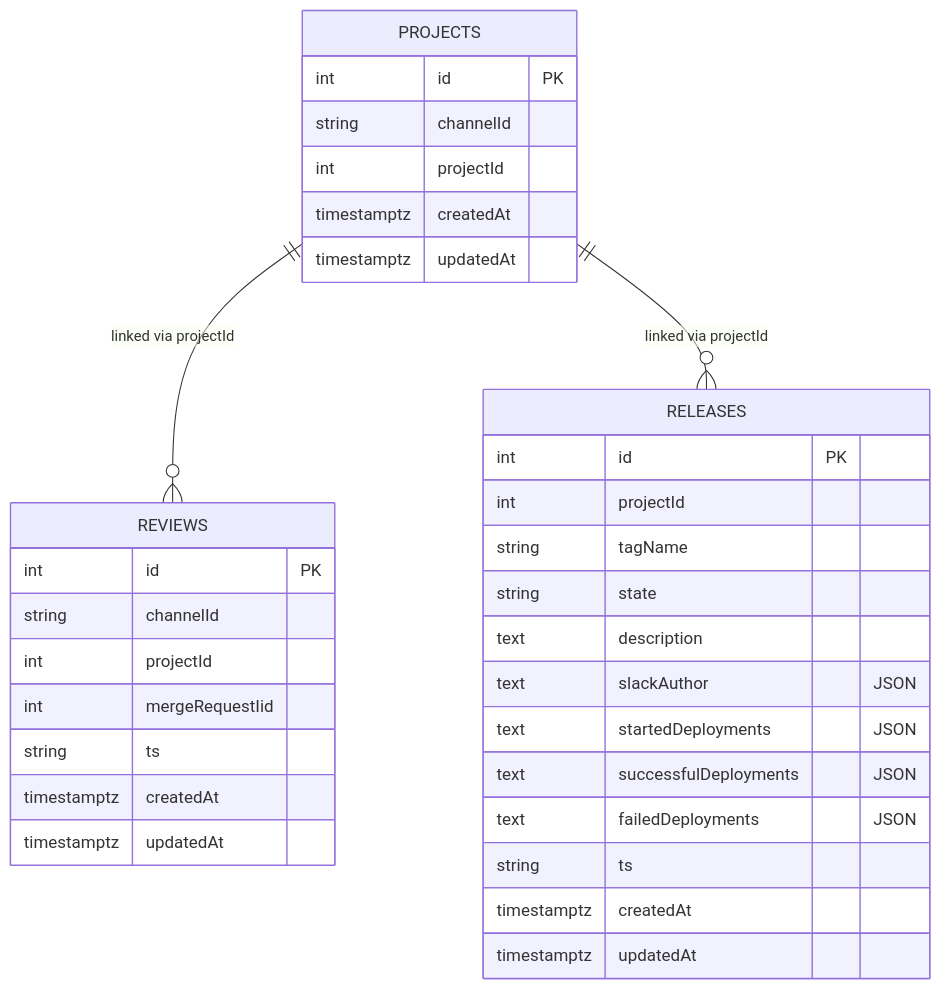
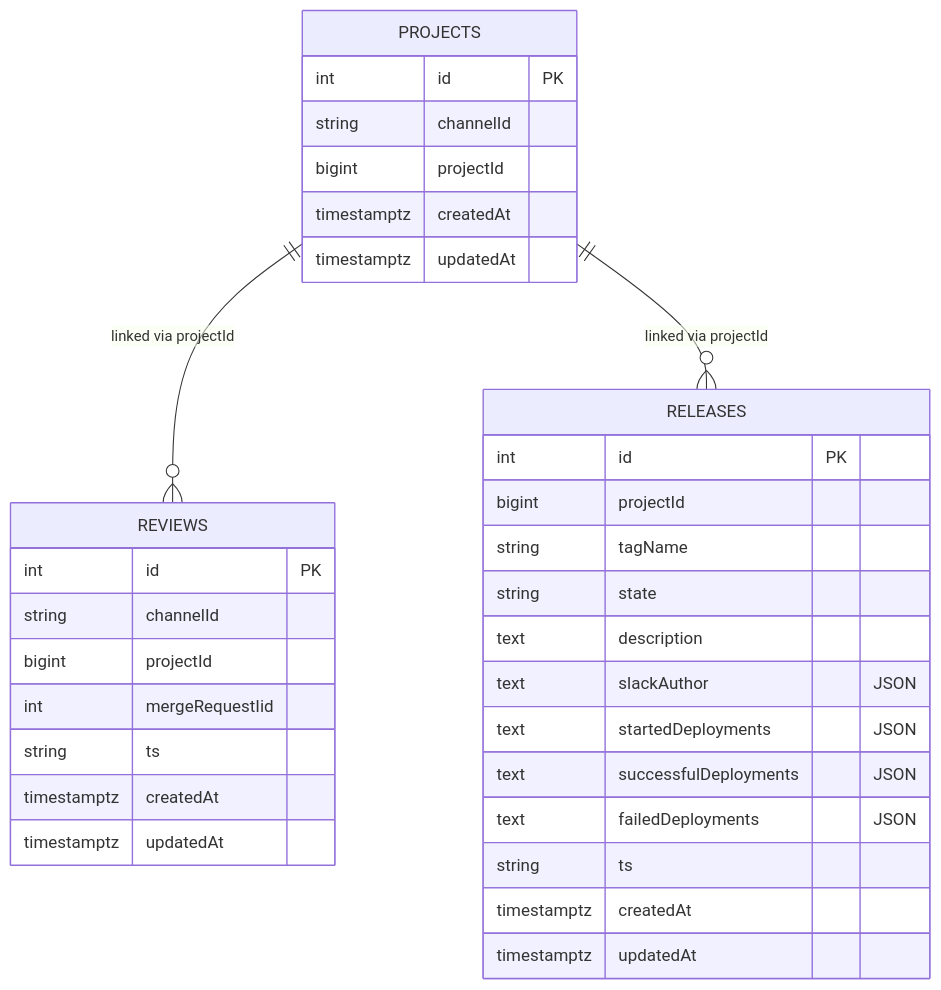
One commit to ManoManoTech/homer changed the ninth of 10 diagrams in docs/ARCHITECTURE.md. Above: the diagram before and after it, drawn with Mermaid. The commit also changed 2 other files, not shown here.

Commit message:
fix(data): widen projectId to BIGINT for GitHub repository ids
GitHub ids reach the INTEGER maximum around 2028. The driver returns BIGINT
as a string, so the models read it back as a number.

````diff
--- a/docs/ARCHITECTURE.md
+++ b/docs/ARCHITECTURE.md
@@ -346,36 +346,36 @@
 ```mermaid
 erDiagram
     PROJECTS ||--o{ REVIEWS : "linked via projectId"
     PROJECTS ||--o{ RELEASES : "linked via projectId"
 
     PROJECTS {
         int id PK
         string channelId
-        int projectId
+        bigint projectId
         timestamptz createdAt
         timestamptz updatedAt
     }
     REVIEWS {
         int id PK
         string channelId
-        int projectId
+        bigint projectId
         int mergeRequestIid
         string ts
         timestamptz createdAt
         timestamptz updatedAt
     }
     RELEASES {
         int id PK
-        int projectId
+        bigint projectId
         string tagName
         string state
         text description
         text slackAuthor "JSON"
         text startedDeployments "JSON"
         text successfulDeployments "JSON"
         text failedDeployments "JSON"
         string ts
         timestamptz createdAt
         timestamptz updatedAt
     }
 ```
````
